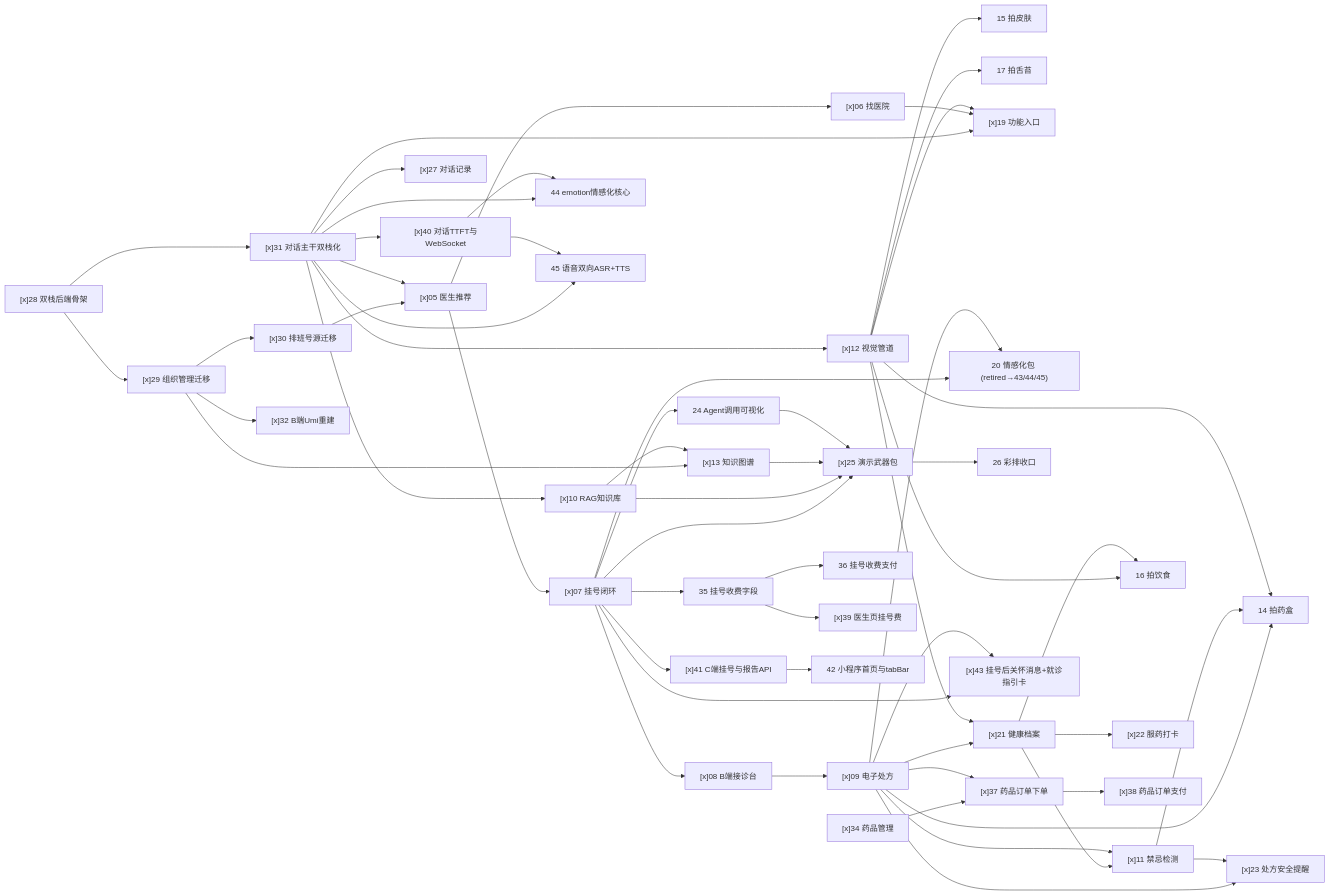
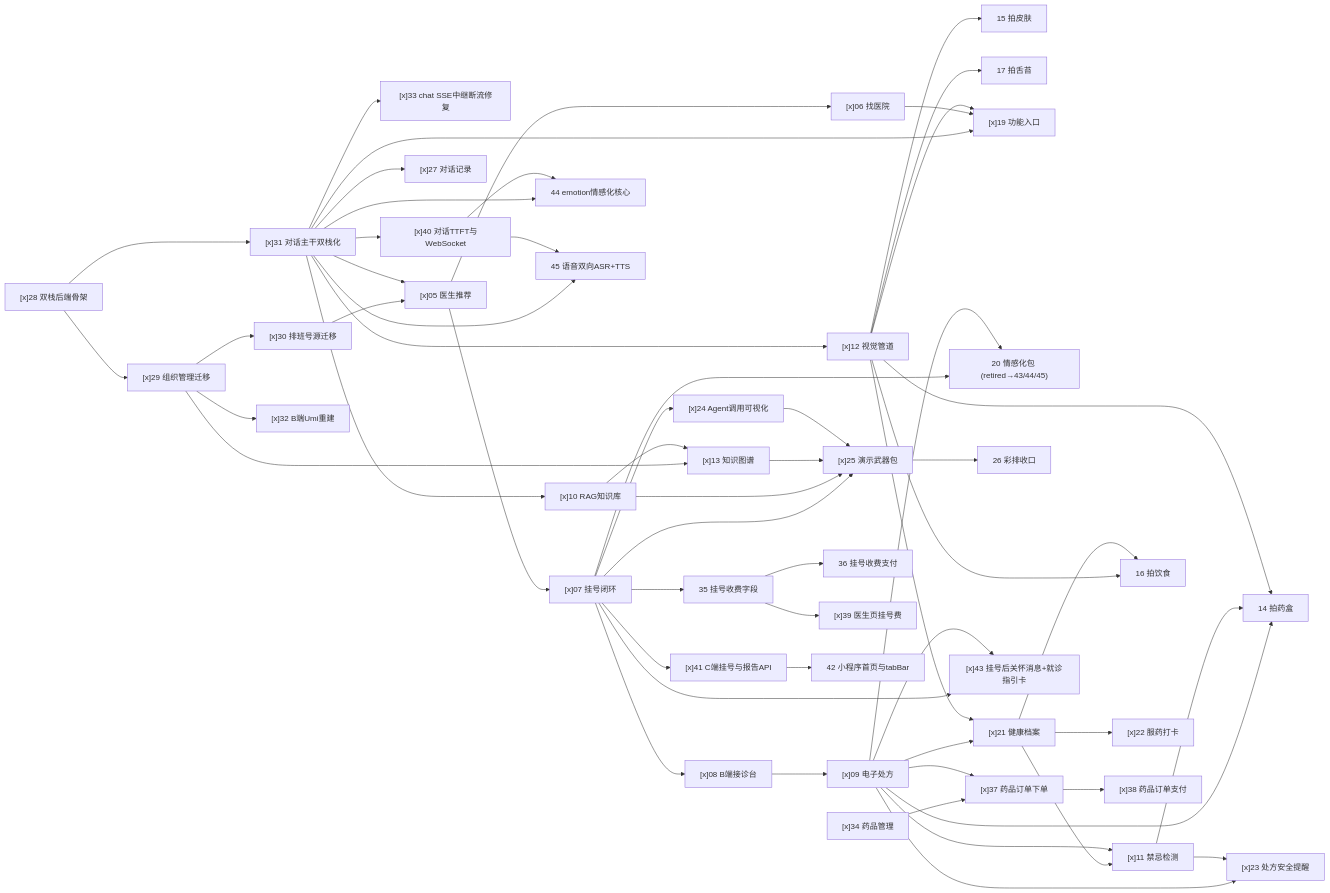
The diagram in README.md (ILoveFurina/zhiyu-health), drawn with Mermaid before and after one commit. The commit also changed 3 other files, not shown here.

```diff
--- a/README.md
+++ b/README.md
@@ -25,6 +25,7 @@
     T30["[x]30 排班号源迁移"]
     T31["[x]31 对话主干双栈化"]
     T32["[x]32 B端Umi重建"]
+    T33["[x]33 chat SSE中继断流修复"]
 
     T05["[x]05 医生推荐"]
     T06["[x]06 找医院"]
@@ -45,7 +46,7 @@
     T21["[x]21 健康档案"]
     T22["[x]22 服药打卡"]
     T23["[x]23 处方安全提醒"]
-    T24["24 Agent调用可视化"]
+    T24["[x]24 Agent调用可视化"]
     T25["[x]25 演示武器包"]
     T26["26 彩排收口"]
     T27["[x]27 对话记录"]
@@ -66,6 +67,7 @@
 
     T28 --> T29
     T28 --> T31
+    T31 --> T33
     T29 --> T30
     T29 --> T32
 
```
